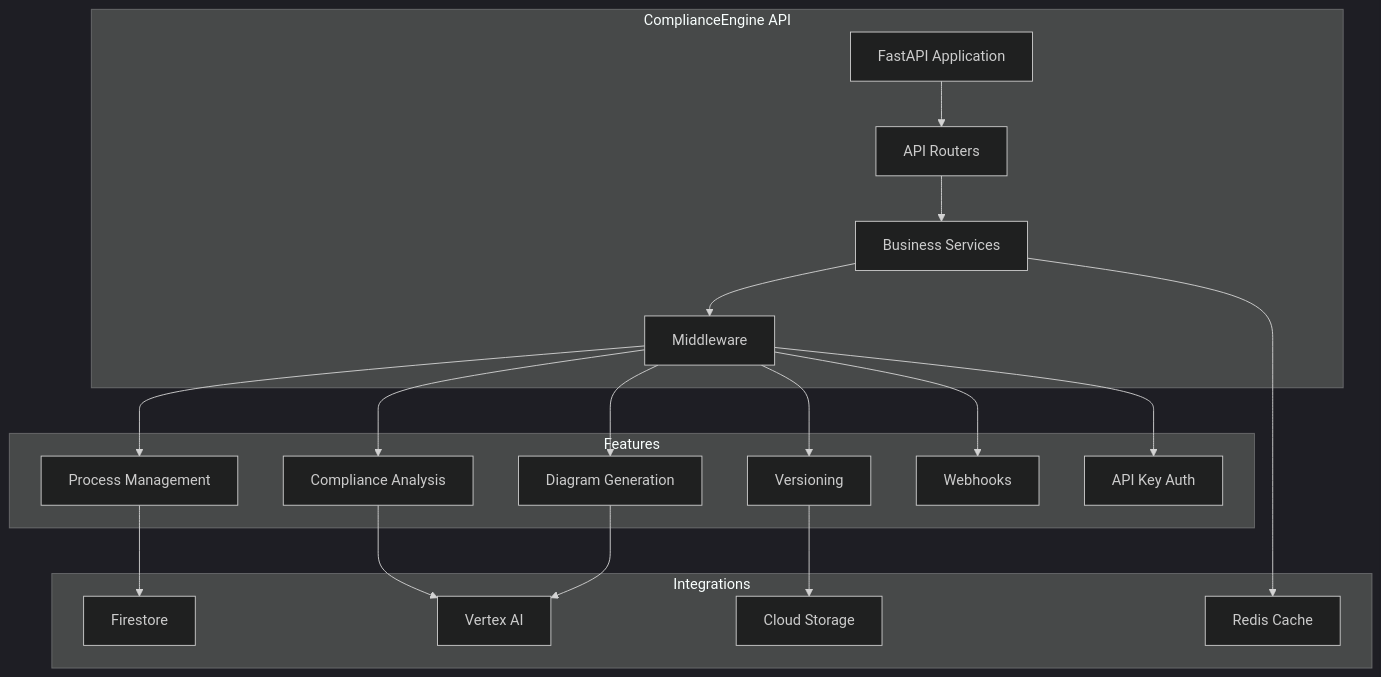
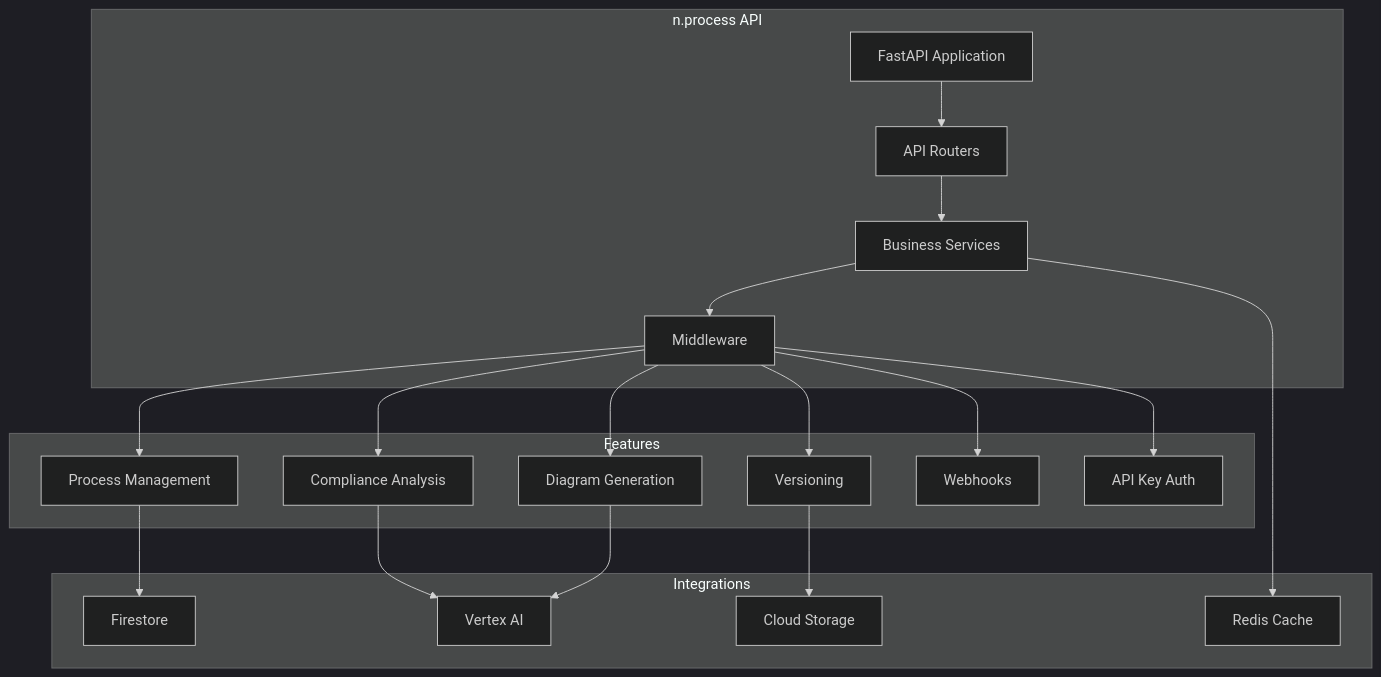
The sixth of 12 diagrams in README.md (resper1965/nprocess), drawn with Mermaid (dark theme) before and after one commit. The commit also changed other lines of this file and 43 other files, not shown here.

First line of the commit message:
refactor: rebrand from ComplianceEngine to n.process

````diff
--- a/README.md
+++ b/README.md
@@ -257,41 +257,41 @@
 ```mermaid
 graph TB
-    subgraph "ComplianceEngine API"
+    subgraph "n.process API"
         A[FastAPI Application]
         B[API Routers]
         C[Business Services]
         D[Middleware]
     end
     
     subgraph "Features"
         E[Process Management]
         F[Compliance Analysis]
         G[Diagram Generation]
         H[Versioning]
         I[Webhooks]
         J[API Key Auth]
     end
     
     subgraph "Integrations"
         K[Firestore]
         L[Vertex AI]
         M[Redis Cache]
         N[Cloud Storage]
     end
     
     A --> B
     B --> C
     C --> D
     D --> E
     D --> F
     D --> G
     D --> H
     D --> I
     D --> J
     
     E --> K
     F --> L
     G --> L
     C --> M
     H --> N
 ```
````
